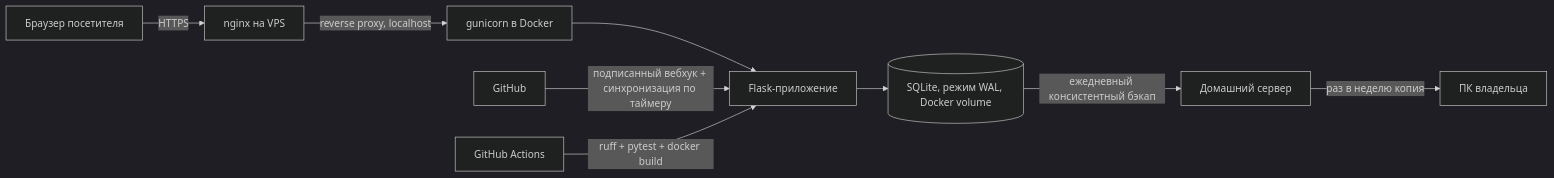
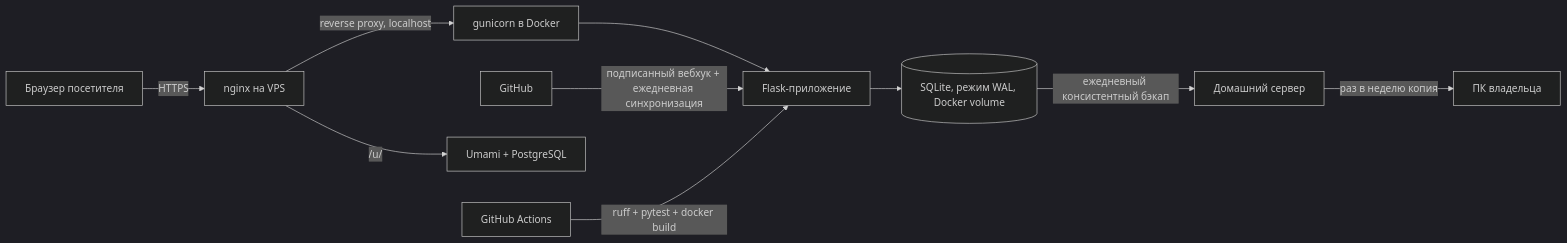
One commit to Itegin/pygodevops-guide-showcase changed the diagram in README.ru.md. Above: the diagram before and after it, drawn with Mermaid (dark theme). The commit also changed other lines of this file and 1 other file, not shown here.

Commit message:
Showcase: site on itegin.com, daily GitHub sync with an admin button, Umami analytics, IT-Deck keys

````diff
--- a/README.ru.md
+++ b/README.ru.md
@@ -51,11 +53,12 @@
 ```mermaid
 flowchart LR
     U[Браузер посетителя] -->|HTTPS| N[nginx на VPS]
     N -->|reverse proxy, localhost| G[gunicorn в Docker]
     G --> F[Flask-приложение]
     F --> DB[(SQLite, режим WAL, Docker volume)]
-    GH[GitHub] -->|подписанный вебхук + синхронизация по таймеру| F
+    GH[GitHub] -->|подписанный вебхук + ежедневная синхронизация| F
     DB -->|ежедневный консистентный бэкап| H[Домашний сервер]
     H -->|раз в неделю копия| P[ПК владельца]
+    N -->|/u/| UM[Umami + PostgreSQL]
     CI[GitHub Actions] -->|ruff + pytest + docker build| F
 ```
````
